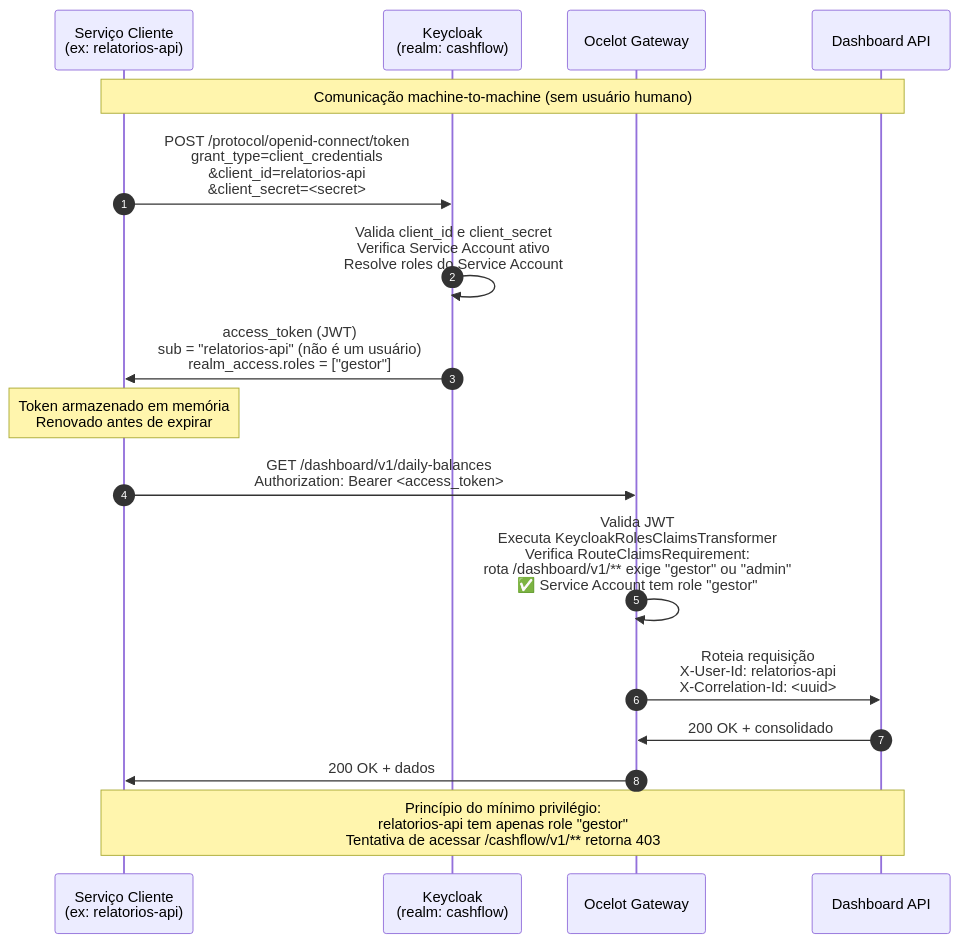
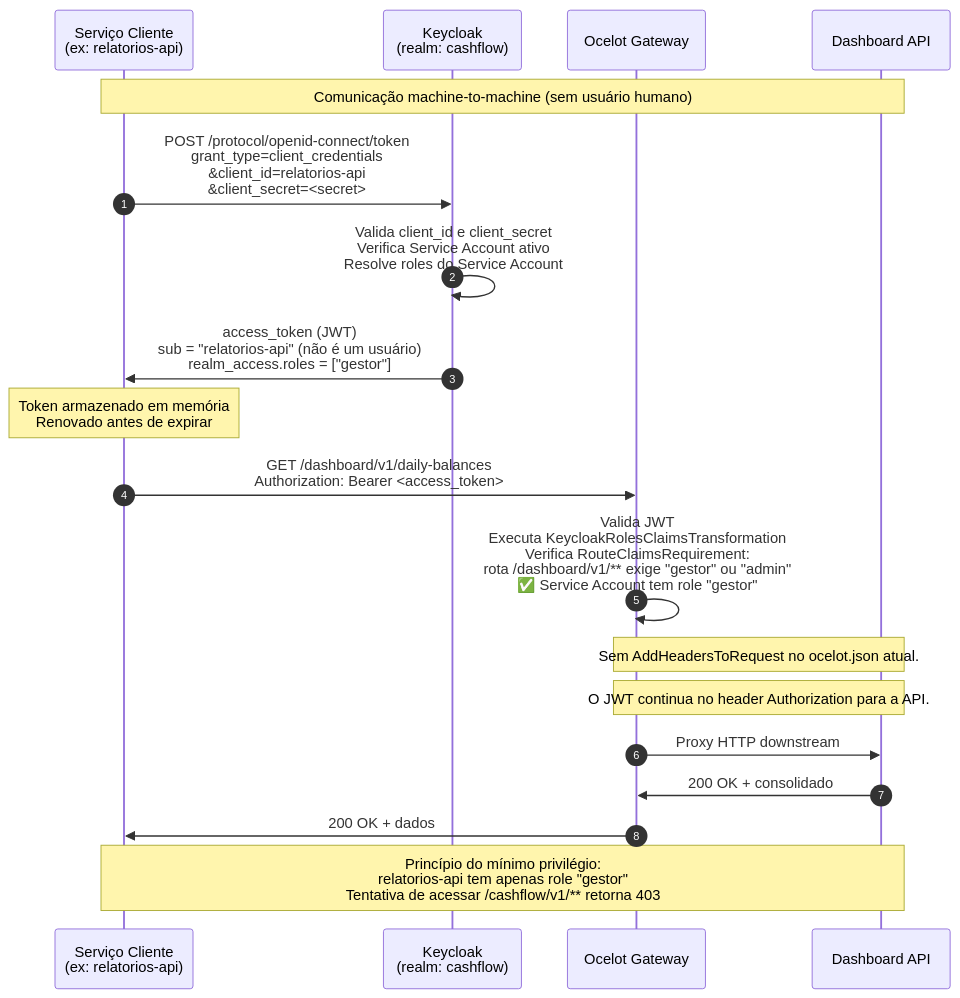
One commit to filipececcon/arch-challenge changed the diagram in docs/security/diagrams/client-credentials-m2m.mmd. Above: the diagram before and after it, drawn with Mermaid. The commit also changed 38 other files, not shown here.

First line of the commit message:
Refactor Cashflow architecture docs for account aggregate and unified outbox

```diff
--- a/docs/security/diagrams/client-credentials-m2m.mmd
+++ b/docs/security/diagrams/client-credentials-m2m.mmd
@@ -1,27 +1,29 @@
 sequenceDiagram
     autonumber
 
     participant S as Serviço Cliente<br/>(ex: relatorios-api)
     participant K as Keycloak<br/>(realm: cashflow)
     participant G as Ocelot Gateway
     participant D as Dashboard API
 
     Note over S,D: Comunicação machine-to-machine (sem usuário humano)
 
     S->>K: POST /protocol/openid-connect/token<br/>grant_type=client_credentials<br/>&client_id=relatorios-api<br/>&client_secret=<secret>
 
     K->>K: Valida client_id e client_secret<br/>Verifica Service Account ativo<br/>Resolve roles do Service Account
 
     K->>S: access_token (JWT)<br/>sub = "relatorios-api" (não é um usuário)<br/>realm_access.roles = ["gestor"]
 
     Note over S: Token armazenado em memória<br/>Renovado antes de expirar
 
     S->>G: GET /dashboard/v1/daily-balances<br/>Authorization: Bearer <access_token>
 
-    G->>G: Valida JWT<br/>Executa KeycloakRolesClaimsTransformer<br/>Verifica RouteClaimsRequirement:<br/>rota /dashboard/v1/** exige "gestor" ou "admin"<br/>✅ Service Account tem role "gestor"
+    G->>G: Valida JWT<br/>Executa KeycloakRolesClaimsTransformation<br/>Verifica RouteClaimsRequirement:<br/>rota /dashboard/v1/** exige "gestor" ou "admin"<br/>✅ Service Account tem role "gestor"
 
-    G->>D: Roteia requisição<br/>X-User-Id: relatorios-api<br/>X-Correlation-Id: <uuid>
+    Note over G,D: Sem AddHeadersToRequest no ocelot.json atual.
+    Note over G,D: O JWT continua no header Authorization para a API.
+    G->>D: Proxy HTTP downstream
     D->>G: 200 OK + consolidado
     G->>S: 200 OK + dados
 
     Note over S,D: Princípio do mínimo privilégio:<br/>relatorios-api tem apenas role "gestor"<br/>Tentativa de acessar /cashflow/v1/** retorna 403
```
